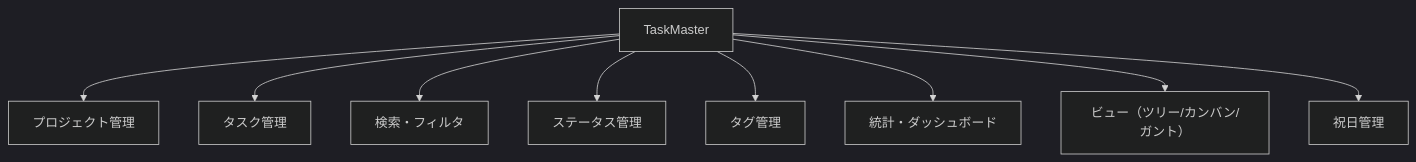
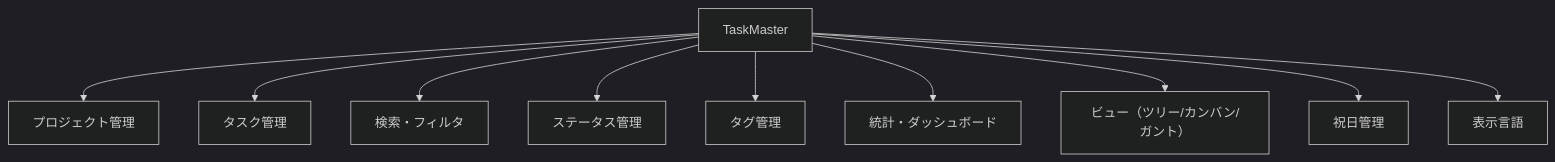
Before and after one commit to ai-natsu/task-master: the second of 4 diagrams in docs/BASIC_DESIGN.md, drawn with Mermaid (dark theme). The commit also changed other lines of this file and 2 other files, not shown here.

````diff
--- a/docs/BASIC_DESIGN.md
+++ b/docs/BASIC_DESIGN.md
@@ -66,11 +97,12 @@
 ```mermaid
 flowchart TD
   ROOT[TaskMaster] --> F1[プロジェクト管理]
   ROOT --> F2[タスク管理]
   ROOT --> F3[検索・フィルタ]
   ROOT --> F4[ステータス管理]
   ROOT --> F5[タグ管理]
   ROOT --> F6[統計・ダッシュボード]
   ROOT --> F7[ビュー（ツリー/カンバン/ガント）]
   ROOT --> F8[祝日管理]
+  ROOT --> F9[表示言語]
 ```
````
